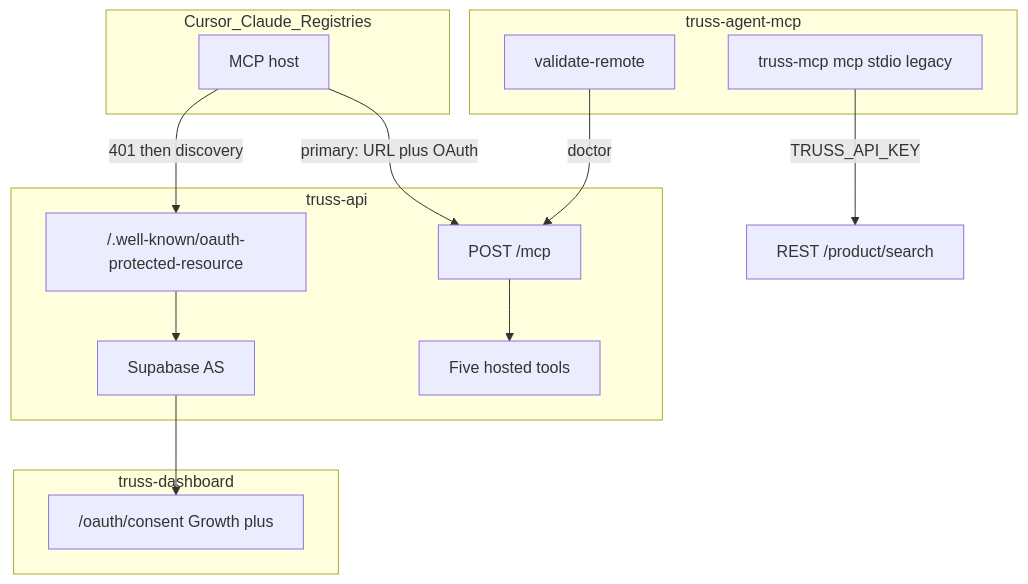
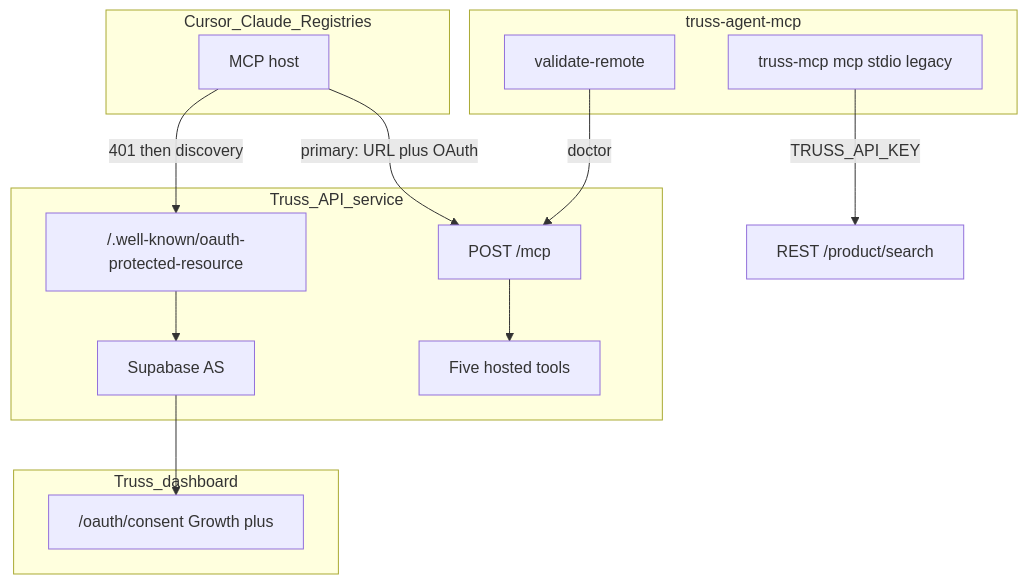
Before and after one commit to truss-security/truss-agent-mcp: the first of 2 diagrams in docs/05-hosted-mcp-oauth-architecture.md, drawn with Mermaid. The commit also changed other lines of this file and 13 other files, not shown here.

````diff
--- a/docs/05-hosted-mcp-oauth-architecture.md
+++ b/docs/05-hosted-mcp-oauth-architecture.md
@@ -39,29 +39,29 @@
 ```mermaid
 flowchart TB
   subgraph hosts [Cursor_Claude_Registries]
     Host[MCP host]
   end
 
-  subgraph apiRepo [truss-api]
+  subgraph apiSvc [Truss_API_service]
     MCP["POST /mcp"]
     Meta["/.well-known/oauth-protected-resource"]
     Tools5[Five hosted tools]
     MCP --> Tools5
     Meta --> AS[Supabase AS]
   end
 
-  subgraph dash [truss-dashboard]
+  subgraph dash [Truss_dashboard]
     Consent["/oauth/consent Growth plus"]
   end
 
   subgraph thisPkg [truss-agent-mcp]
     Validate[validate-remote]
     Stdio["truss-mcp mcp stdio legacy"]
   end
 
   Host -->|"primary: URL plus OAuth"| MCP
   Host -->|"401 then discovery"| Meta
   AS --> Consent
   Validate -->|"doctor"| MCP
   Stdio -->|"TRUSS_API_KEY"| REST["REST /product/search"]
 ```
````
